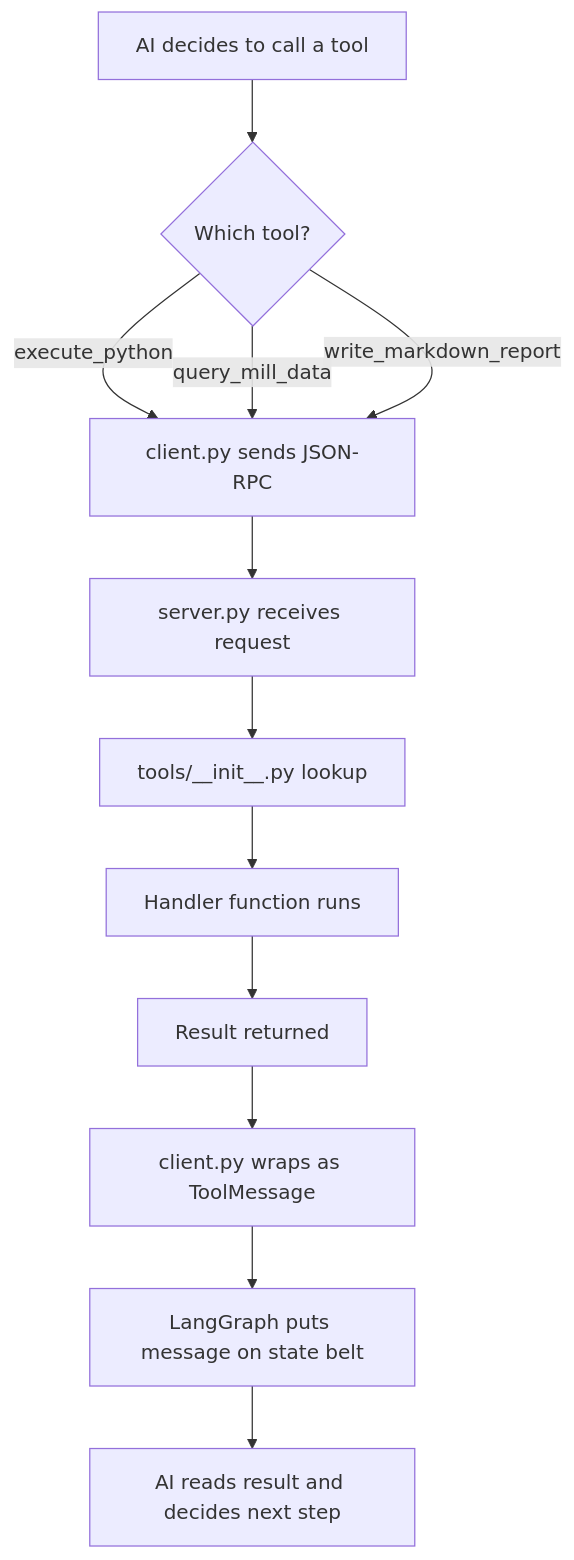
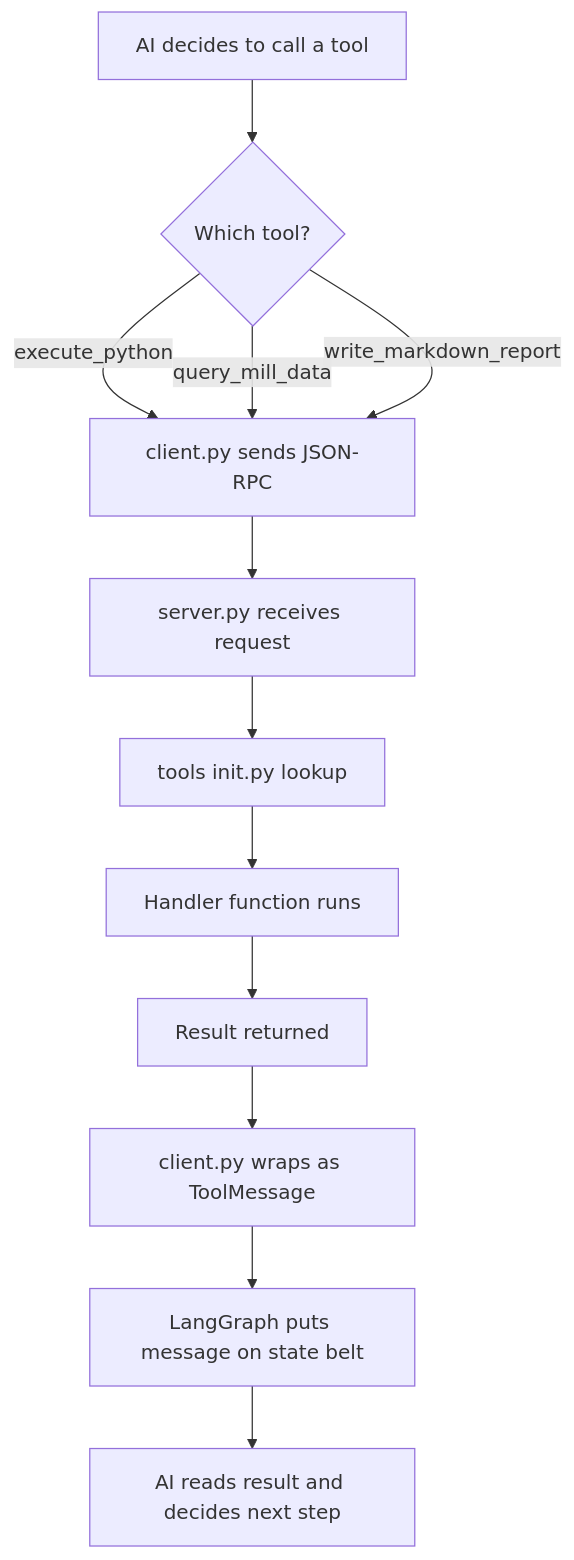
One commit to Patchino76/ok_dashboard changed the second of 2 diagrams in python/agentic/docs/py_md/03_mcp_deep_dive.md. Above: the diagram before and after it, drawn with Mermaid. The commit also changed other lines of this file and 15 other files, not shown here.

Commit message:
fixed py_md graphs and docs

````diff
--- a/python/agentic/docs/py_md/03_mcp_deep_dive.md
+++ b/python/agentic/docs/py_md/03_mcp_deep_dive.md
@@ -403,14 +409,14 @@
 ```mermaid
 flowchart TD
-    A[AI decides to call a tool] --> B{Which tool?}
-    B -->|execute_python| C[client.py sends JSON-RPC]
+    A["AI decides to call a tool"] --> B{"Which tool?"}
+    B -->|execute_python| C["client.py sends JSON-RPC"]
     B -->|query_mill_data| C
     B -->|write_markdown_report| C
-    C --> D[server.py receives request]
-    D --> E[tools/__init__.py lookup]
-    E --> F[Handler function runs]
-    F --> G[Result returned]
-    G --> H[client.py wraps as ToolMessage]
-    H --> I[LangGraph puts message on state belt]
-    I --> J[AI reads result and decides next step]
+    C --> D["server.py receives request"]
+    D --> E["tools init.py lookup"]
+    E --> F["Handler function runs"]
+    F --> G["Result returned"]
+    G --> H["client.py wraps as ToolMessage"]
+    H --> I["LangGraph puts message on state belt"]
+    I --> J["AI reads result and decides next step"]
 ```
````
